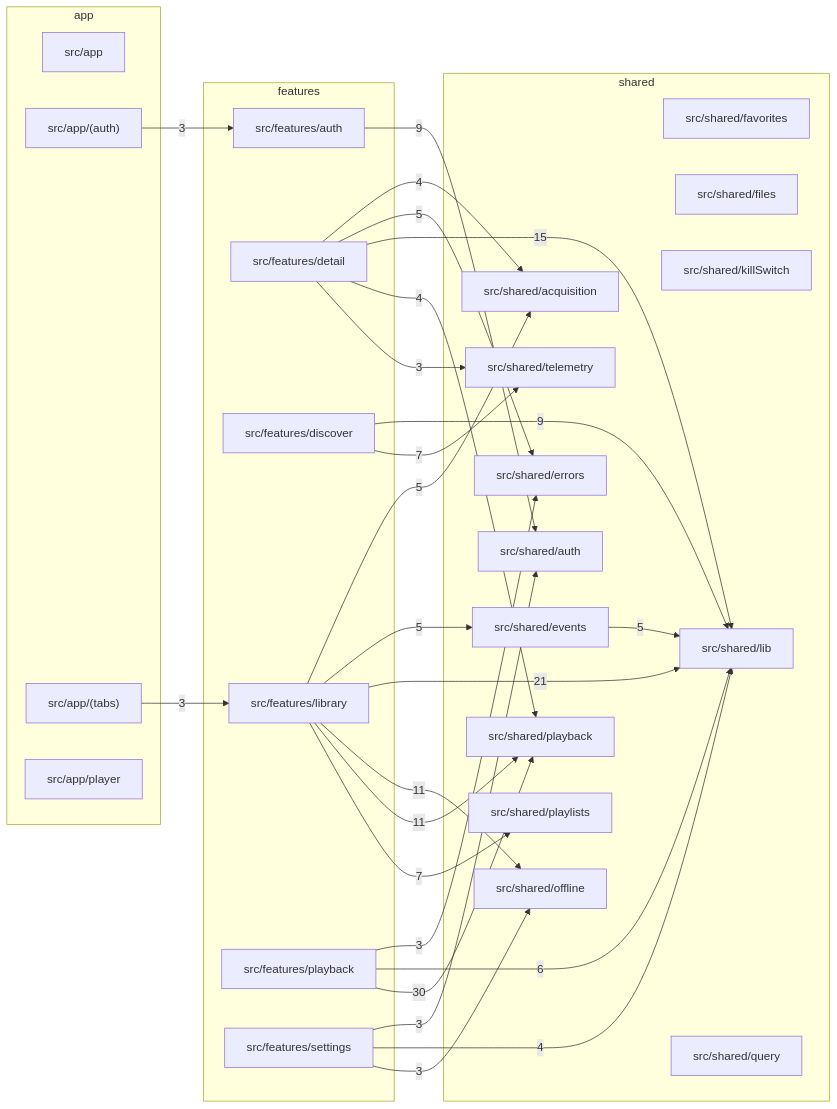
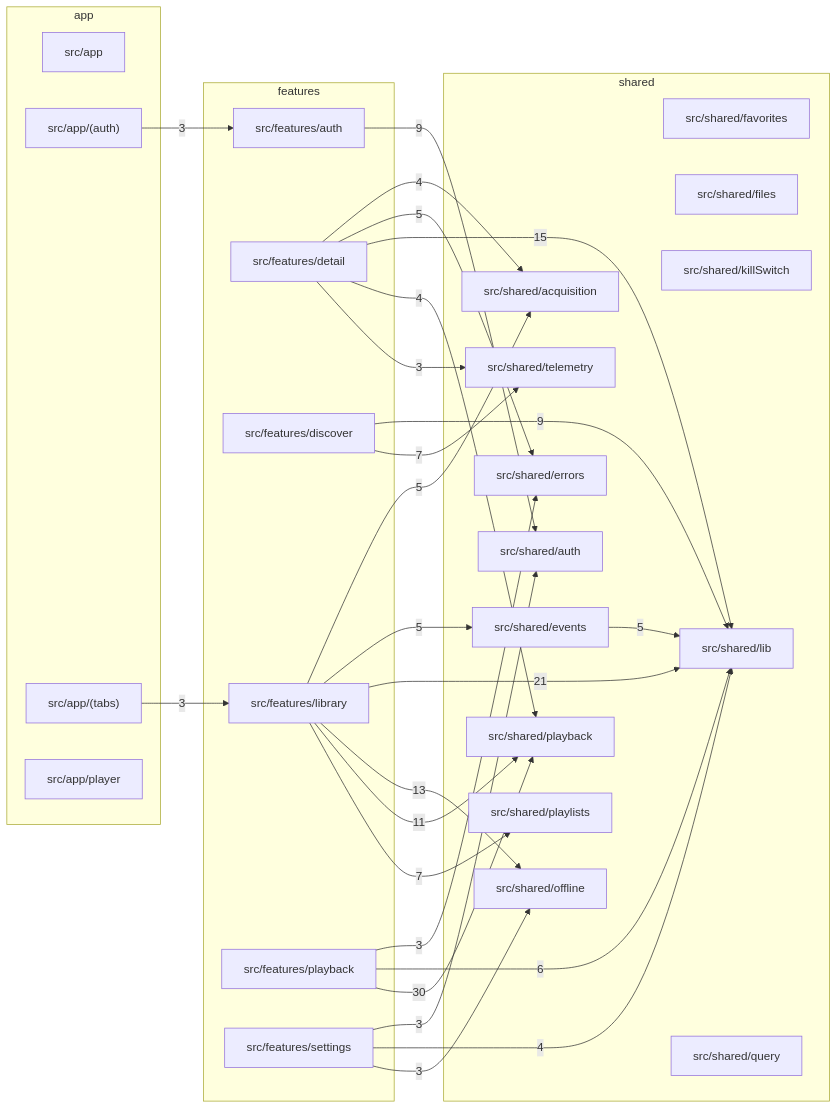
Before and after one commit to aleburrascano/altune: the third of 3 diagrams in docs/architecture.md, drawn with Mermaid. The commit also changed 3 other files, not shown here.

````diff
--- a/docs/architecture.md
+++ b/docs/architecture.md
@@ -68,55 +68,55 @@
 ```mermaid
 flowchart LR
   subgraph app
     apps_mobile_src_app["src/app"]
     apps_mobile_src_app__auth_["src/app/(auth)"]
     apps_mobile_src_app__tabs_["src/app/(tabs)"]
     apps_mobile_src_app_player["src/app/player"]
   end
   subgraph features
     apps_mobile_src_features_auth["src/features/auth"]
     apps_mobile_src_features_detail["src/features/detail"]
     apps_mobile_src_features_discover["src/features/discover"]
     apps_mobile_src_features_library["src/features/library"]
     apps_mobile_src_features_playback["src/features/playback"]
     apps_mobile_src_features_settings["src/features/settings"]
   end
   subgraph shared
     apps_mobile_src_shared_acquisition["src/shared/acquisition"]
     apps_mobile_src_shared_auth["src/shared/auth"]
     apps_mobile_src_shared_errors["src/shared/errors"]
     apps_mobile_src_shared_events["src/shared/events"]
     apps_mobile_src_shared_favorites["src/shared/favorites"]
     apps_mobile_src_shared_files["src/shared/files"]
     apps_mobile_src_shared_killSwitch["src/shared/killSwitch"]
     apps_mobile_src_shared_lib["src/shared/lib"]
     apps_mobile_src_shared_offline["src/shared/offline"]
     apps_mobile_src_shared_playback["src/shared/playback"]
     apps_mobile_src_shared_playlists["src/shared/playlists"]
     apps_mobile_src_shared_query["src/shared/query"]
     apps_mobile_src_shared_telemetry["src/shared/telemetry"]
   end
   apps_mobile_src_app__auth_ -->|3| apps_mobile_src_features_auth
   apps_mobile_src_app__tabs_ -->|3| apps_mobile_src_features_library
   apps_mobile_src_features_auth -->|9| apps_mobile_src_shared_auth
   apps_mobile_src_features_detail -->|4| apps_mobile_src_shared_acquisition
   apps_mobile_src_features_detail -->|5| apps_mobile_src_shared_errors
   apps_mobile_src_features_detail -->|15| apps_mobile_src_shared_lib
   apps_mobile_src_features_detail -->|4| apps_mobile_src_shared_playback
   apps_mobile_src_features_detail -->|3| apps_mobile_src_shared_telemetry
   apps_mobile_src_features_discover -->|9| apps_mobile_src_shared_lib
   apps_mobile_src_features_discover -->|7| apps_mobile_src_shared_telemetry
   apps_mobile_src_features_library -->|5| apps_mobile_src_shared_acquisition
   apps_mobile_src_features_library -->|5| apps_mobile_src_shared_events
   apps_mobile_src_features_library -->|21| apps_mobile_src_shared_lib
-  apps_mobile_src_features_library -->|11| apps_mobile_src_shared_offline
+  apps_mobile_src_features_library -->|13| apps_mobile_src_shared_offline
   apps_mobile_src_features_library -->|11| apps_mobile_src_shared_playback
   apps_mobile_src_features_library -->|7| apps_mobile_src_shared_playlists
   apps_mobile_src_features_playback -->|3| apps_mobile_src_shared_errors
   apps_mobile_src_features_playback -->|6| apps_mobile_src_shared_lib
   apps_mobile_src_features_playback -->|30| apps_mobile_src_shared_playback
   apps_mobile_src_features_settings -->|3| apps_mobile_src_shared_auth
   apps_mobile_src_features_settings -->|4| apps_mobile_src_shared_lib
   apps_mobile_src_features_settings -->|3| apps_mobile_src_shared_offline
   apps_mobile_src_shared_events -->|5| apps_mobile_src_shared_lib
 ```
````
